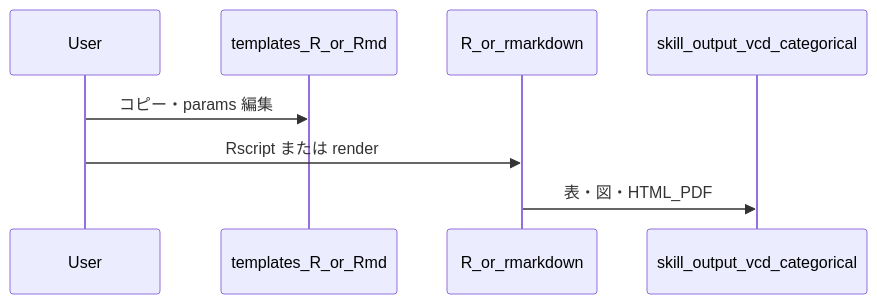
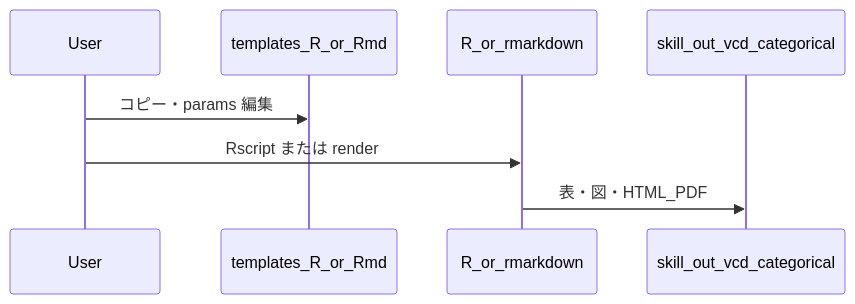
The diagram in .cursor/skills/vcd-categorical-analysis/references/workflow.md (syrius2000/rwd-mysql-skill-toolkit), drawn with Mermaid before and after one commit. The commit also changed 15 other files, not shown here.

Commit message:
refactor(vcd-categorical-analysis): update output directory paths to 'skill_out' and enhance R script for improved package management and residual analysis

````diff
--- a/.cursor/skills/vcd-categorical-analysis/references/workflow.md
+++ b/.cursor/skills/vcd-categorical-analysis/references/workflow.md
@@ -5,10 +5,10 @@
 ```mermaid
 sequenceDiagram
   participant User
   participant Template as templates_R_or_Rmd
   participant R as R_or_rmarkdown
-  participant Out as skill_output_vcd_categorical
+  participant Out as skill_out_vcd_categorical
   User->>Template: コピー・params 編集
   User->>R: Rscript または render
   R->>Out: 表・図・HTML_PDF
 ```
````
